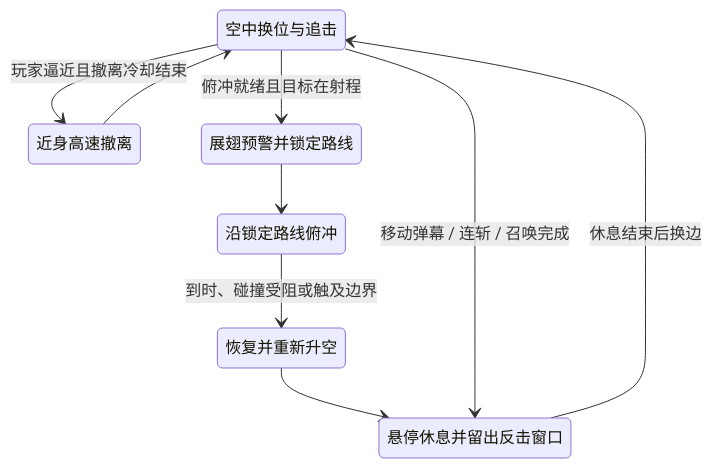
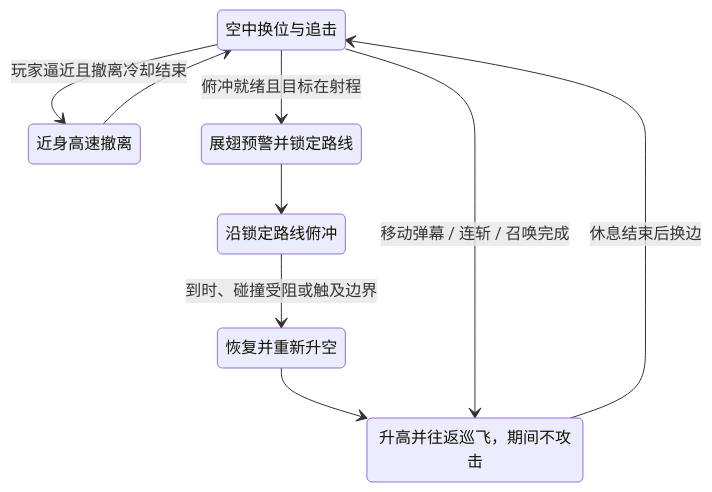
The third of 3 diagrams in Doc/敌人系统接入.md (MorrowHome/Project-Rule), drawn with Mermaid before and after one commit. The commit also changed other lines of this file and 9 other files, not shown here.

````diff
--- a/Doc/敌人系统接入.md
+++ b/Doc/敌人系统接入.md
@@ -140,17 +140,17 @@
 ```mermaid
 stateDiagram-v2
     Fly: 空中换位与追击
     Evade: 近身高速撤离
     Windup: 展翅预警并锁定路线
     Dash: 沿锁定路线俯冲
     Recover: 恢复并重新升空
-    Rest: 悬停休息并留出反击窗口
+    Rest: 升高并往返巡飞，期间不攻击
     Fly --> Evade: 玩家逼近且撤离冷却结束
     Evade --> Fly
     Fly --> Windup: 俯冲就绪且目标在射程
     Windup --> Dash
     Dash --> Recover: 到时、碰撞受阻或触及边界
     Recover --> Rest
     Fly --> Rest: 移动弹幕 / 连斩 / 召唤完成
     Rest --> Fly: 休息结束后换边
 ```
````
